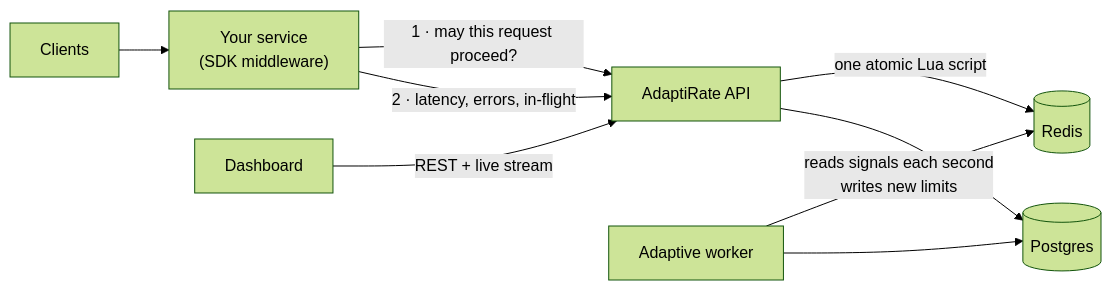
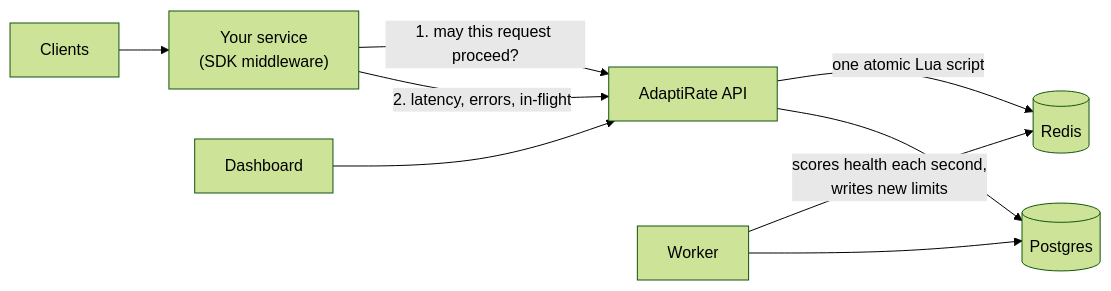
One commit to Ari-Han-t/AdaptiRate changed the diagram in README.md. Above: the diagram before and after it, drawn with Mermaid (forest theme). The commit also changed other lines of this file and 13 other files, not shown here.

````diff
--- a/README.md
+++ b/README.md
@@ -39,11 +21,11 @@
 ```mermaid
 flowchart LR
     C[Clients] --> S["Your service<br/>(SDK middleware)"]
-    S -- "1 · may this request proceed?" --> A[AdaptiRate API]
+    S -- "1. may this request proceed?" --> A[AdaptiRate API]
     A -- "one atomic Lua script" --> R[(Redis)]
-    S -- "2 · latency, errors, in-flight" --> A
-    W[Adaptive worker] -- "reads signals each second<br/>writes new limits" --> R
+    S -- "2. latency, errors, in-flight" --> A
+    W[Worker] -- "scores health each second,<br/>writes new limits" --> R
     W --> P[(Postgres)]
     A --> P
-    D[Dashboard] -- "REST + live stream" --> A
+    D[Dashboard] --> A
 ```
````
